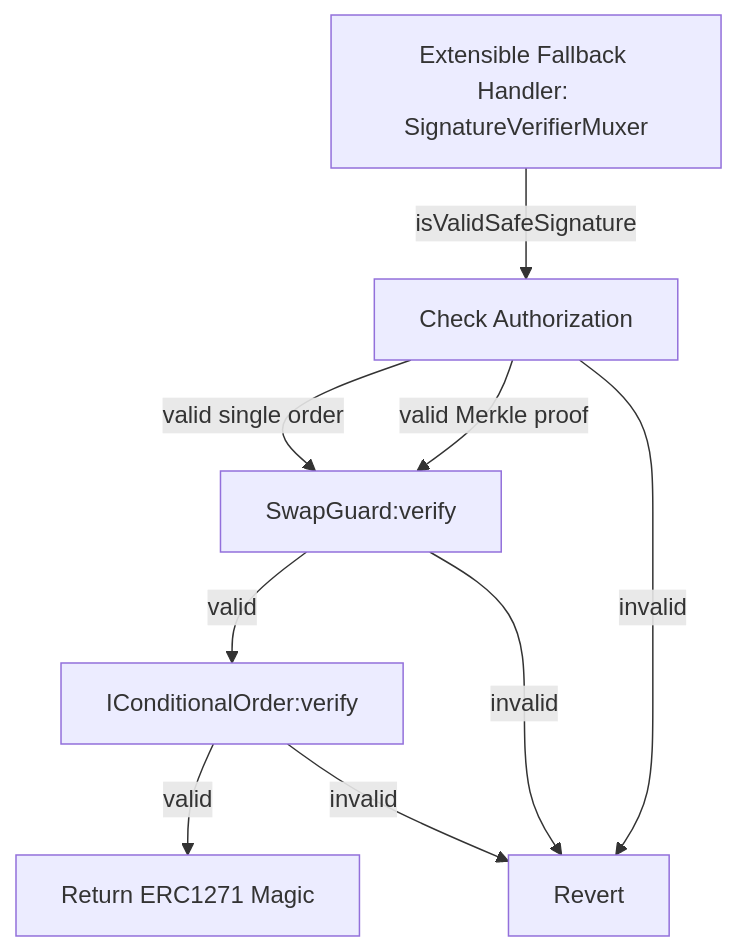
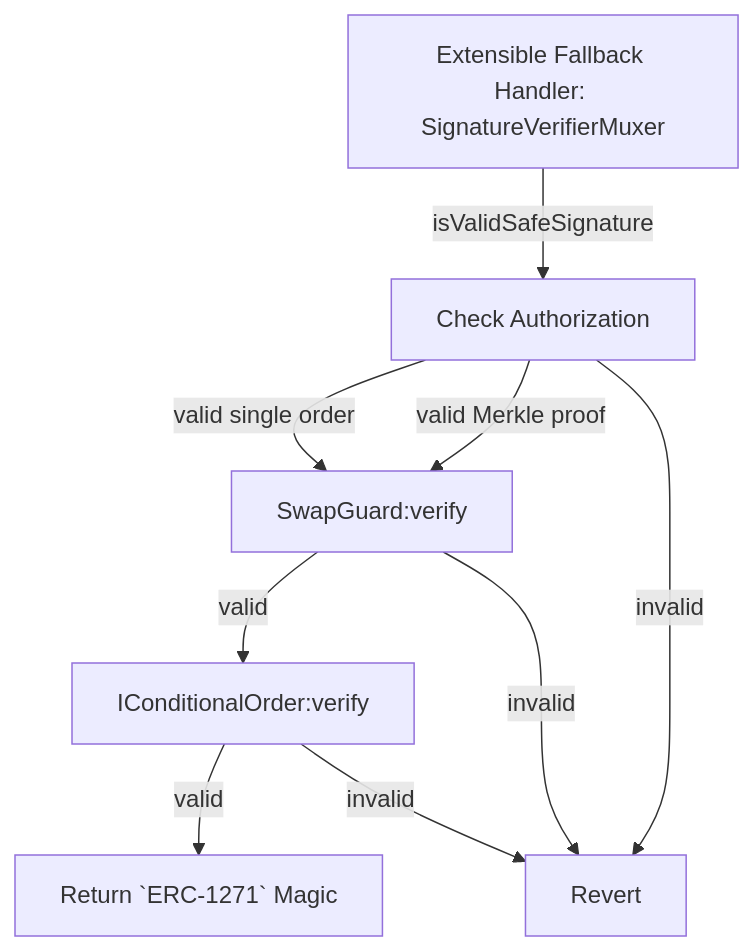
The first of 2 diagrams in docs/cow-protocol/reference/contracts/periphery/composable_cow.md (cowprotocol/docs), drawn with Mermaid before and after one commit. The commit also changed 12 other files, not shown here.

````diff
--- a/docs/cow-protocol/reference/contracts/periphery/composable_cow.md
+++ b/docs/cow-protocol/reference/contracts/periphery/composable_cow.md
@@ -46,11 +46,11 @@
 ```mermaid
 flowchart TD
     A[Extensible Fallback Handler: SignatureVerifierMuxer] -->|isValidSafeSignature| B[Check Authorization]  
     B -->|valid single order| S[SwapGuard:verify] 
     B -->|valid Merkle proof| S  
     B -->|invalid| I[Revert]  
     S -->|valid| V[IConditionalOrder:verify]  
     S -->|invalid| I  
-    V -->|valid| T[Return ERC1271 Magic]  
+    V -->|valid| T[Return `ERC-1271` Magic]  
     V -->|invalid| I  
 ```
````
